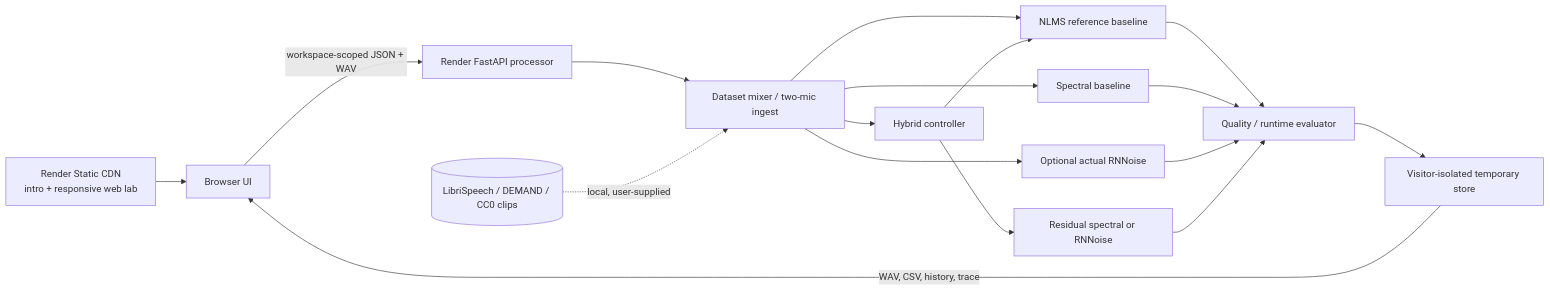
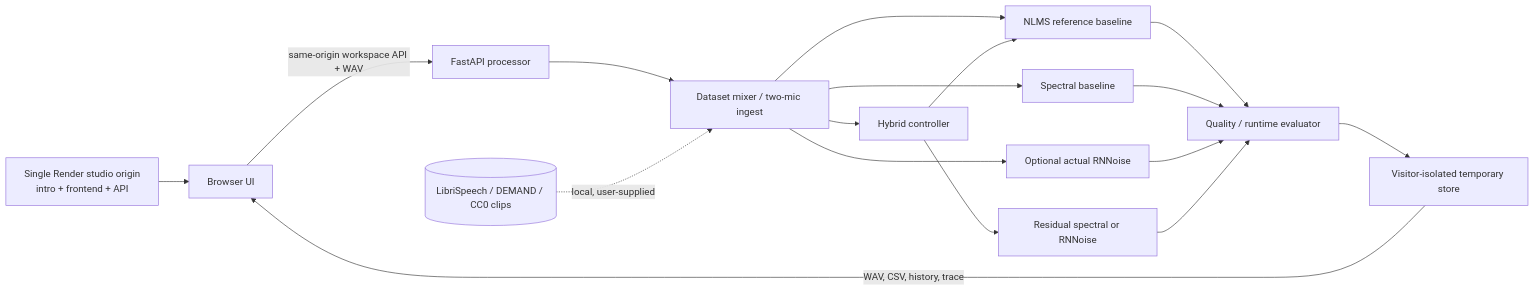
One commit to TrishulVani/trishul-vani-studio changed the diagram in README.md. Above: the diagram before and after it, drawn with Mermaid. The commit also changed other lines of this file and 26 other files, not shown here.

````diff
--- a/README.md
+++ b/README.md
@@ -176,19 +175,19 @@
 ```mermaid
 flowchart LR
-P[Render Static CDN<br/>intro + responsive web lab] --> A[Browser UI]
-    A -->|workspace-scoped JSON + WAV| B[Render FastAPI processor]
+P[Single Render studio origin<br/>intro + frontend + API] --> A[Browser UI]
+    A -->|same-origin workspace API + WAV| B[FastAPI processor]
     B --> C[Dataset mixer / two-mic ingest]
     C --> D[NLMS reference baseline]
     C --> E[Spectral baseline]
     C --> F[Optional actual RNNoise]
     C --> G[Hybrid controller]
     G --> D
     G --> H[Residual spectral or RNNoise]
     D --> I[Quality / runtime evaluator]
     E --> I
     F --> I
     H --> I
     I --> J[Visitor-isolated temporary store]
     J -->|WAV, CSV, history, trace| A
     K[(LibriSpeech / DEMAND / CC0 clips)] -. local, user-supplied .-> C
 ```
````
